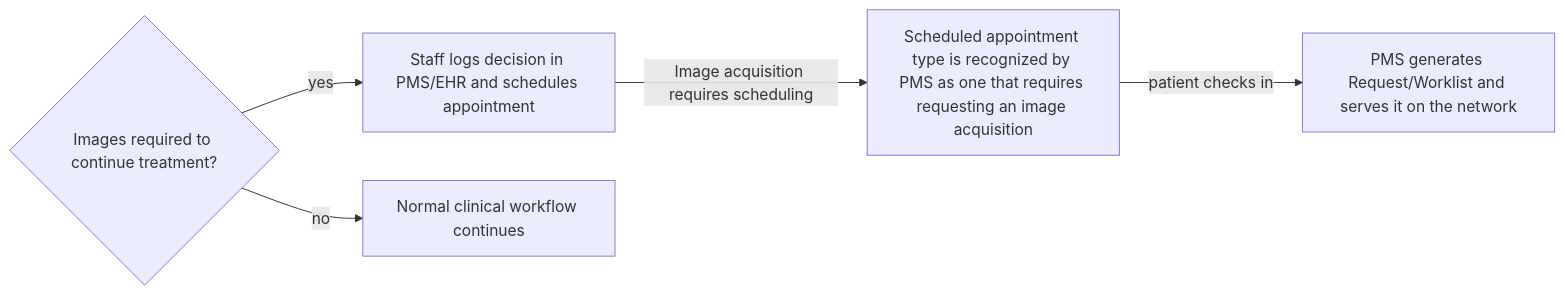
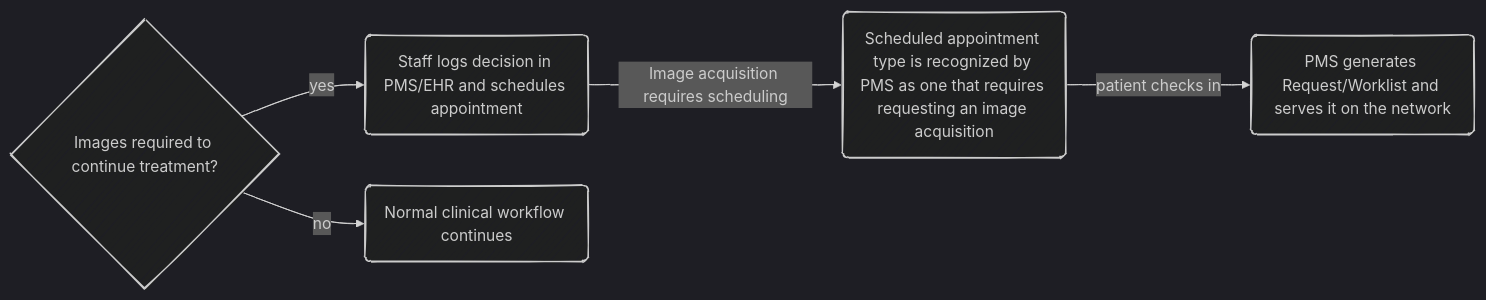
The diagram in assets/diagrams/modality_worklist_flow.mmd (open-ortho/lectures), drawn with Mermaid before and after one commit. The commit also changed 3 other files, not shown here.

Commit message:
Update Makefile and diagrams; add detect-browser target and improve Mermaid diagram configurations

```diff
--- a/assets/diagrams/modality_worklist_flow.mmd
+++ b/assets/diagrams/modality_worklist_flow.mmd
@@ -1,12 +1,19 @@
-%%{init: {"flowchart": {"nodeSpacing": 50, "rankSpacing": 60}}}%%
+---
+config:
+  look: handDrawn
+  theme: dark
+  flowchart:
+    nodeSpacing: 50
+    rankSpacing: 60
+---
 flowchart LR
     A{Images required to continue treatment?}
-    B[Staff logs decision in PMS/EHR and schedules appointment]
-    C[Normal clinical workflow continues]
-    D[Scheduled appointment type is recognized by PMS as one that requires requesting an image acquisition]
-    E[PMS generates Request/Worklist and serves it on the network]
+    B(Staff logs decision in PMS/EHR and schedules appointment)
+    C(Normal clinical workflow continues)
+    D(Scheduled appointment type is recognized by PMS as one that requires requesting an image acquisition)
+    E(PMS generates Request/Worklist and serves it on the network)
 
     A -- yes --> B
     A -- no --> C
     B -- Image acquisition requires scheduling --> D
     D -- patient checks in --> E
```
